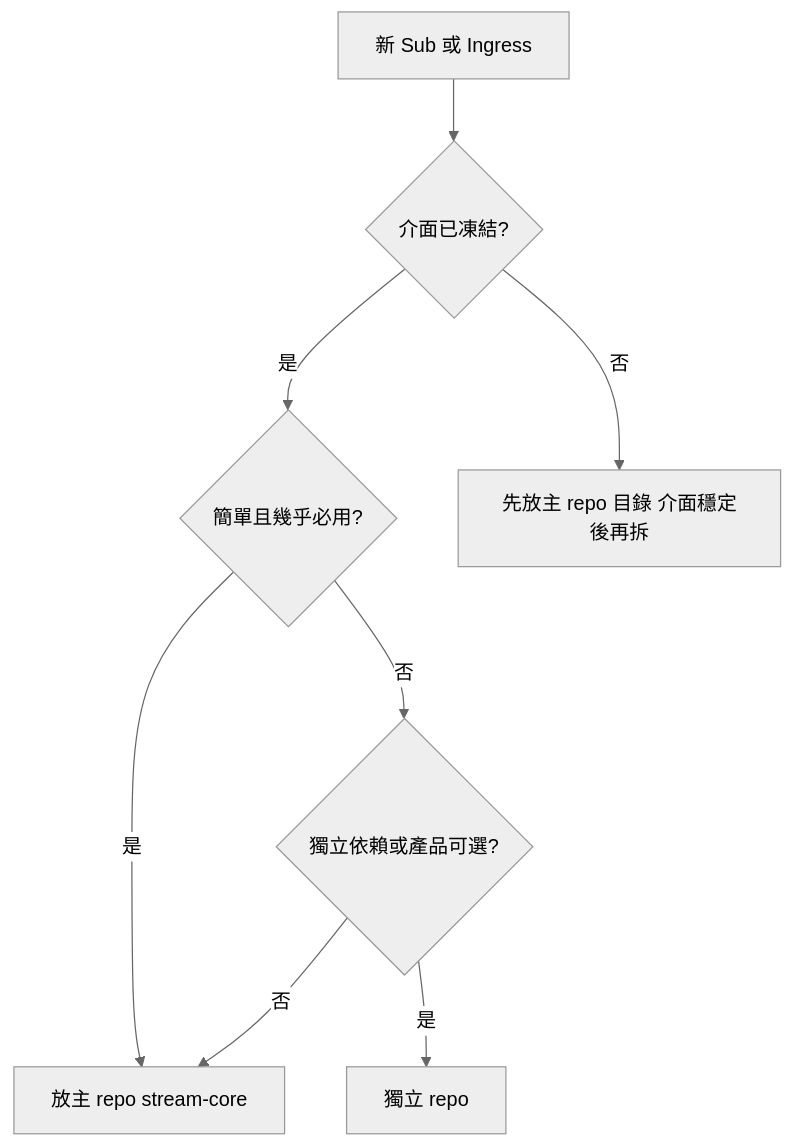
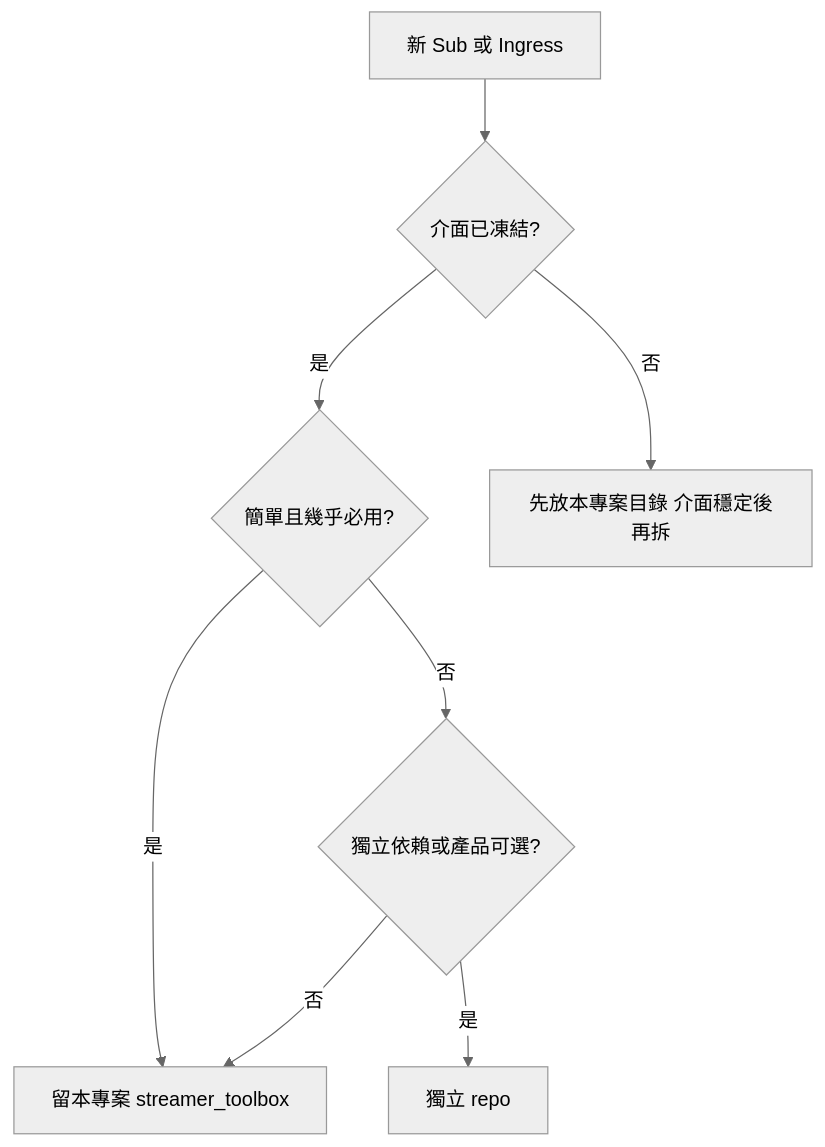
The first of 2 diagrams in docs/packages.md (skymiku39/streamer_toolbox), drawn with Mermaid (neutral theme) before and after one commit. The commit also changed other lines of this file and 30 other files, not shown here.

````diff
--- a/docs/packages.md
+++ b/docs/packages.md
@@ -36,18 +38,18 @@
 ```mermaid
 flowchart TD
     Start[新 Sub 或 Ingress]
     Q1{介面已凍結?}
     Q2{簡單且幾乎必用?}
     Q3{獨立依賴或產品可選?}
-    Main[放主 repo stream-core]
+    Main[留本專案 streamer_toolbox]
     Split[獨立 repo]
-    Wait[先放主 repo 目錄 介面穩定後再拆]
+    Wait[先放本專案目錄 介面穩定後再拆]
 
     Start --> Q1
     Q1 -->|否| Wait
     Q1 -->|是| Q2
     Q2 -->|是| Main
     Q2 -->|否| Q3
     Q3 -->|是| Split
     Q3 -->|否| Main
 ```
````
